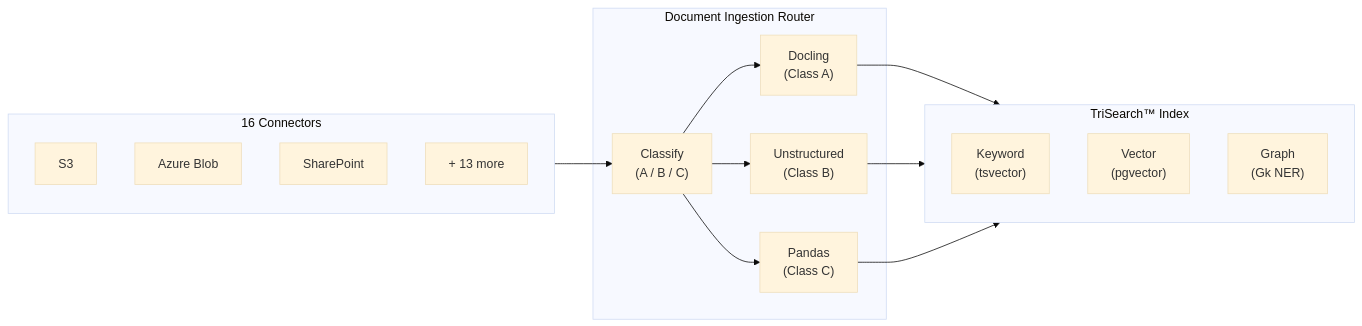
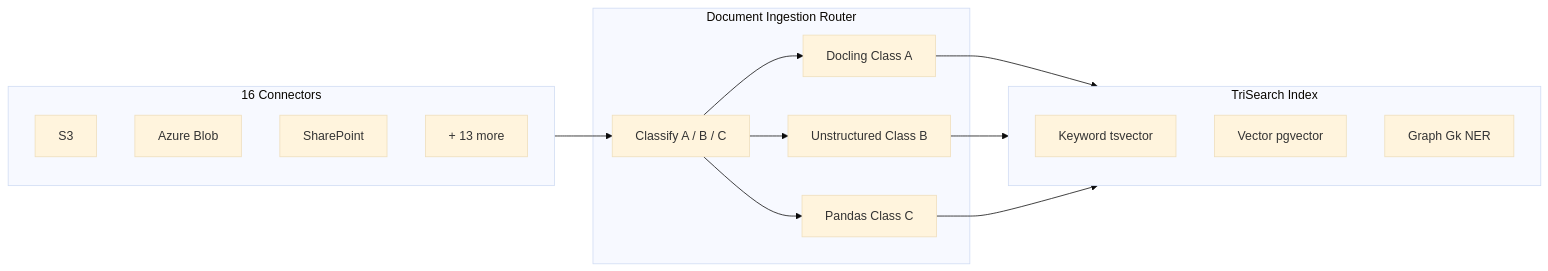
One commit to derekbmoore/documentIngestionRouter changed the diagram in docs/index.md. Above: the diagram before and after it, drawn with Mermaid (base theme). The commit also changed other lines of this file and 38 other files, not shown here.

````diff
--- a/docs/index.md
+++ b/docs/index.md
@@ -43,30 +37,30 @@
 ```mermaid
 flowchart LR
     subgraph Sources["16 Connectors"]
-        S3[S3] 
+        S3[S3]
         Blob[Azure Blob]
         SP[SharePoint]
         More[+ 13 more]
     end
 
     subgraph Router["Document Ingestion Router"]
-        Classify["Classify\n(A / B / C)"]
-        Docling["Docling\n(Class A)"]
-        Unstructured["Unstructured\n(Class B)"]
-        Pandas["Pandas\n(Class C)"]
+        Classify["Classify A / B / C"]
+        Docling["Docling Class A"]
+        Unstructured["Unstructured Class B"]
+        Pandas["Pandas Class C"]
     end
 
-    subgraph Index["TriSearch™ Index"]
-        KW["Keyword\n(tsvector)"]
-        VEC["Vector\n(pgvector)"]
-        GK["Graph\n(Gk NER)"]
+    subgraph Index["TriSearch Index"]
+        KW["Keyword tsvector"]
+        VEC["Vector pgvector"]
+        GK["Graph Gk NER"]
     end
 
     Sources --> Classify
     Classify --> Docling
     Classify --> Unstructured
     Classify --> Pandas
     Docling --> Index
     Unstructured --> Index
     Pandas --> Index
 ```
````
